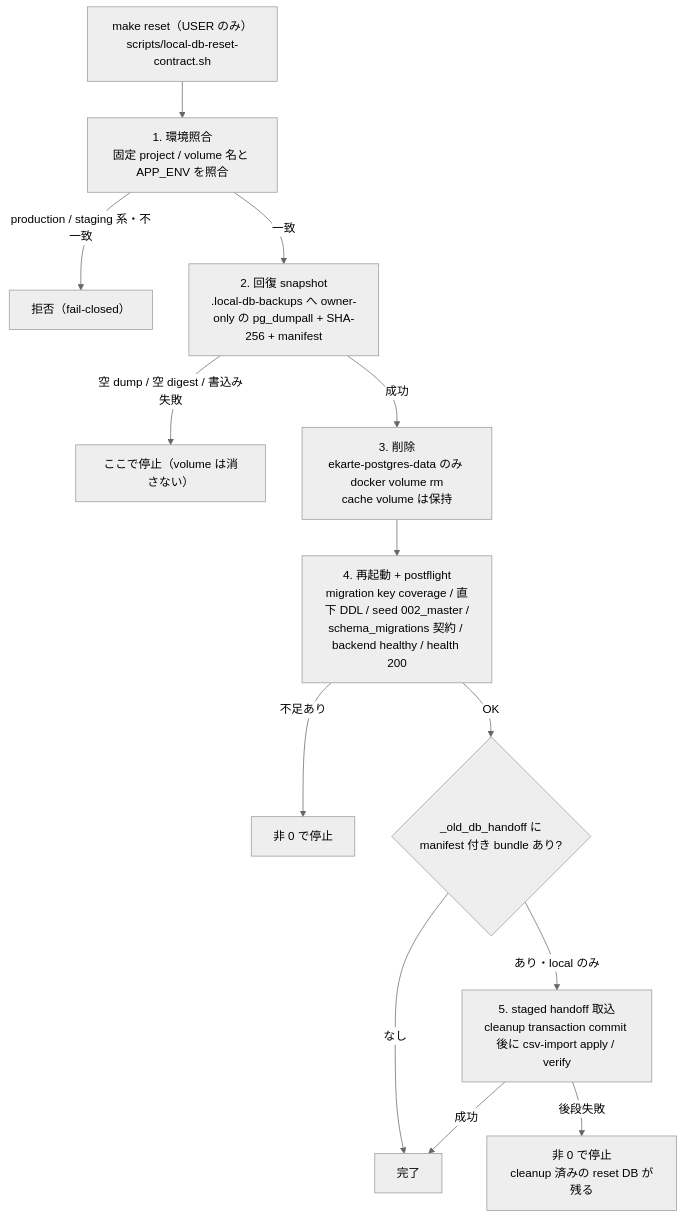
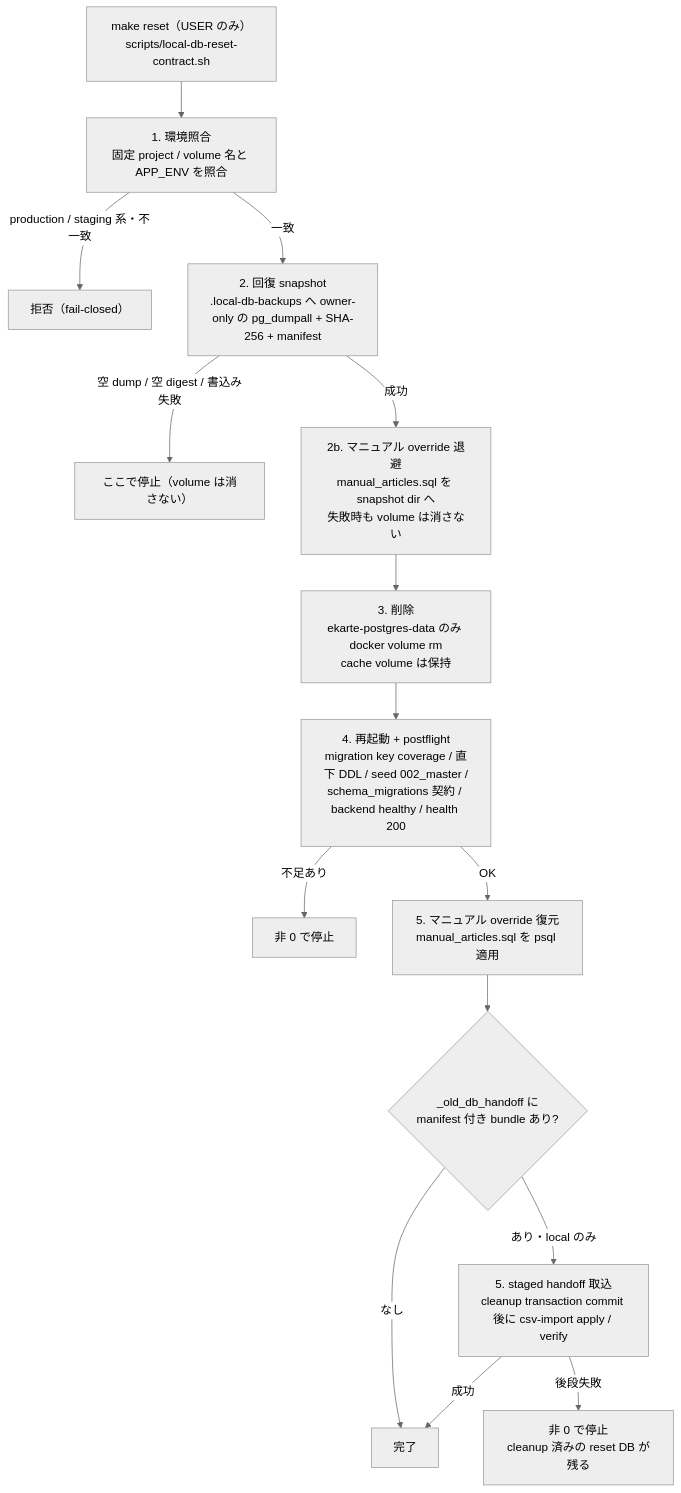
One commit to MinoruSoga/AnimalEkarte changed the diagram in docs/ops/deploy/LOCAL_DB_RESET.md. Above: the diagram before and after it, drawn with Mermaid (neutral theme). The commit also changed other lines of this file and 106 other files, not shown here.

````diff
--- a/docs/ops/deploy/LOCAL_DB_RESET.md
+++ b/docs/ops/deploy/LOCAL_DB_RESET.md
@@ -38,15 +40,17 @@
 ```mermaid
 flowchart TB
   R["make reset（USER のみ）<br/>scripts/local-db-reset-contract.sh"] --> S1["1. 環境照合<br/>固定 project / volume 名と APP_ENV を照合"]
   S1 -->|production / staging 系・不一致| X1["拒否（fail-closed）"]
   S1 -->|一致| S2["2. 回復 snapshot<br/>.local-db-backups へ owner-only の pg_dumpall + SHA-256 + manifest"]
   S2 -->|空 dump / 空 digest / 書込み失敗| X2["ここで停止（volume は消さない）"]
-  S2 -->|成功| S3["3. 削除<br/>ekarte-postgres-data のみ docker volume rm<br/>cache volume は保持"]
+  S2 -->|成功| S2b["2b. マニュアル override 退避<br/>manual_articles.sql を snapshot dir へ<br/>失敗時も volume は消さない"]
+  S2b --> S3["3. 削除<br/>ekarte-postgres-data のみ docker volume rm<br/>cache volume は保持"]
   S3 --> S4["4. 再起動 + postflight<br/>migration key coverage / 直下 DDL / seed 002_master /<br/>schema_migrations 契約 / backend healthy / health 200"]
   S4 -->|不足あり| X3["非 0 で停止"]
-  S4 -->|OK| S5{"_old_db_handoff に<br/>manifest 付き bundle あり?"}
+  S4 -->|OK| S4b["5. マニュアル override 復元<br/>manual_articles.sql を psql 適用"]
+  S4b --> S5{"_old_db_handoff に<br/>manifest 付き bundle あり?"}
   S5 -->|なし| Done["完了"]
   S5 -->|あり・local のみ| S6["5. staged handoff 取込<br/>cleanup transaction commit 後に csv-import apply / verify"]
   S6 -->|後段失敗| X4["非 0 で停止<br/>cleanup 済みの reset DB が残る"]
   S6 -->|成功| Done
 ```
````
